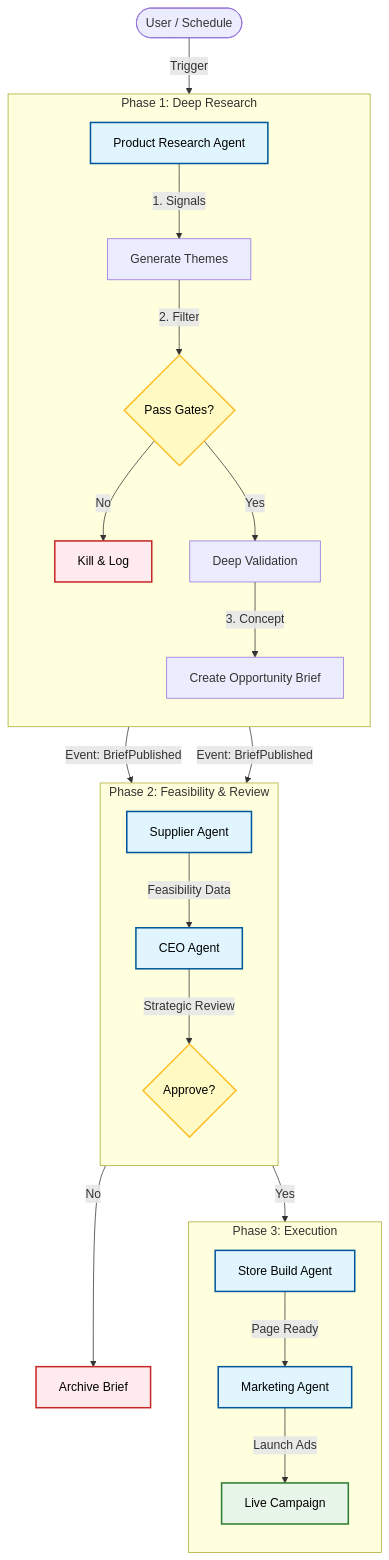
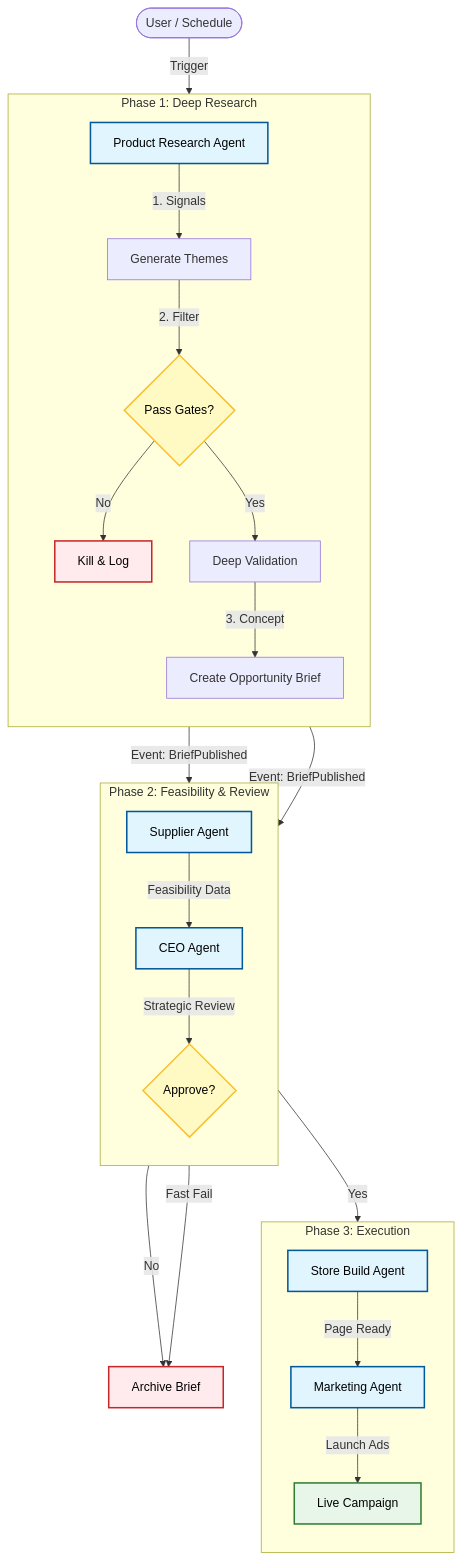
One commit to andylelli/ds1 changed the diagram in Documentation/Workflows/01_GROWTH.md. Above: the diagram before and after it, drawn with Mermaid.

````diff
--- a/Documentation/Workflows/01_GROWTH.md
+++ b/Documentation/Workflows/01_GROWTH.md
@@ -11,64 +11,65 @@
 ```mermaid
 flowchart TD
     %% Nodes
     User([User / Schedule])
     
     %% Agents
     PRA[Product Research Agent]
     Supplier[Supplier Agent]
     CEO[CEO Agent]
     Store[Store Build Agent]
     Marketing[Marketing Agent]
 
     %% Actions/States
     Themes[Generate Themes]
     Validate[Deep Validation]
     Brief[Create Opportunity Brief]
     Kill[Kill & Log]
     Archive[Archive Brief]
     Live[Live Campaign]
 
     %% Decisions
     Gates{Pass Gates?}
     Approval{Approve?}
 
     %% Flow
     User -->|Trigger| PRA
     
     subgraph P1 [Phase 1: Deep Research]
         direction TB
         PRA -->|1. Signals| Themes
         Themes -->|2. Filter| Gates
         Gates -->|No| Kill
         Gates -->|Yes| Validate
         Validate -->|3. Concept| Brief
     end
 
     subgraph P2 [Phase 2: Feasibility & Review]
         direction TB
         Brief -->|Event: BriefPublished| Supplier
         Brief -->|Event: BriefPublished| CEO
         Supplier -->|Feasibility Data| CEO
         CEO -->|Strategic Review| Approval
     end
 
     subgraph P3 [Phase 3: Execution]
         direction TB
         Approval -->|Yes| Store
         Store -->|Page Ready| Marketing
         Marketing -->|Launch Ads| Live
     end
 
     Approval -->|No| Archive
+    CEO -->|Fast Fail| Archive
 
     %% Styling
     classDef agent fill:#e1f5fe,stroke:#01579b,stroke-width:2px,color:black;
     classDef decision fill:#fff9c4,stroke:#fbc02d,stroke-width:2px,color:black;
     classDef success fill:#e8f5e9,stroke:#2e7d32,stroke-width:2px,color:black;
     classDef fail fill:#ffebee,stroke:#c62828,stroke-width:2px,color:black;
 
     class PRA,Supplier,CEO,Store,Marketing agent;
     class Gates,Approval decision;
     class Live success;
     class Kill,Archive fail;
 ```
````
